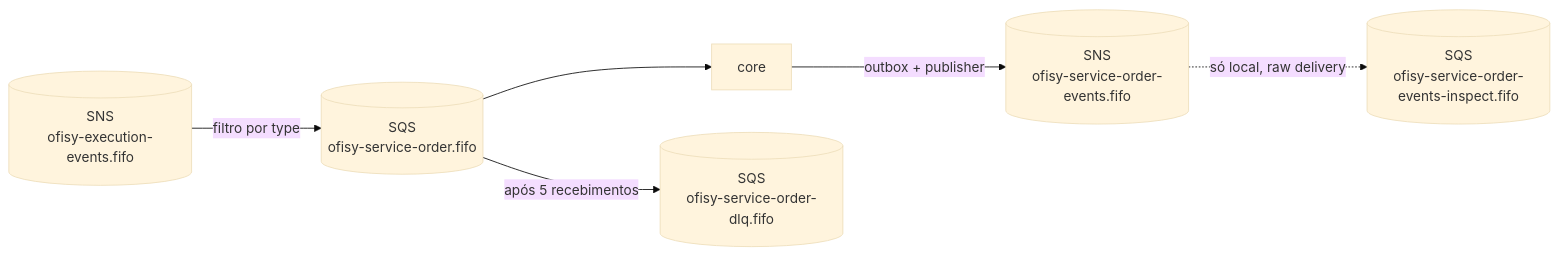
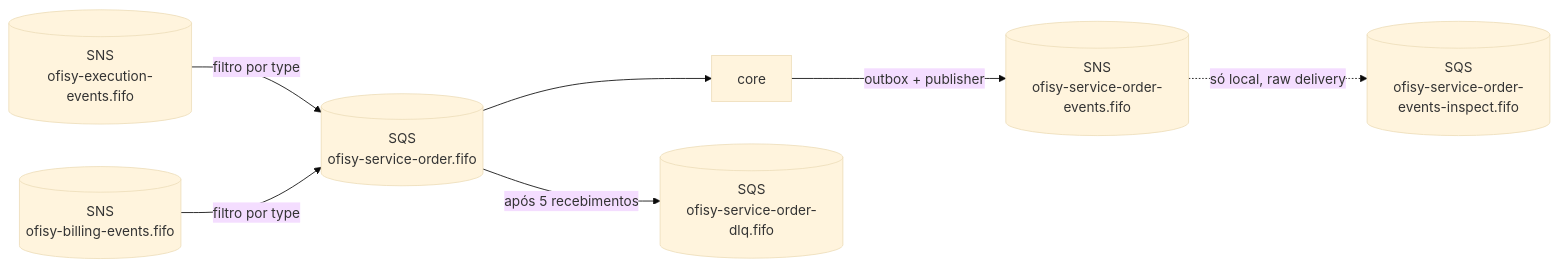
The first of 2 diagrams in docs/MESSAGING.md (15SOAT-FIAP/techchallenge-ofisy), drawn with Mermaid (base theme) before and after one commit. The commit also changed other lines of this file and 111 other files, not shown here.

````diff
--- a/docs/MESSAGING.md
+++ b/docs/MESSAGING.md
@@ -11,8 +11,9 @@
 ```mermaid
 flowchart LR
     app[core] -->|outbox + publisher| topic[(SNS<br/>ofisy-service-order-events.fifo)]
     topic -.->|só local, raw delivery| inspect[(SQS<br/>ofisy-service-order-events-inspect.fifo)]
     execution[(SNS<br/>ofisy-execution-events.fifo)] -->|filtro por type| queue
+    billing[(SNS<br/>ofisy-billing-events.fifo)] -->|filtro por type| queue
     queue[(SQS<br/>ofisy-service-order.fifo)] --> app
     queue -->|após 5 recebimentos| dlq[(SQS<br/>ofisy-service-order-dlq.fifo)]
 ```
````
